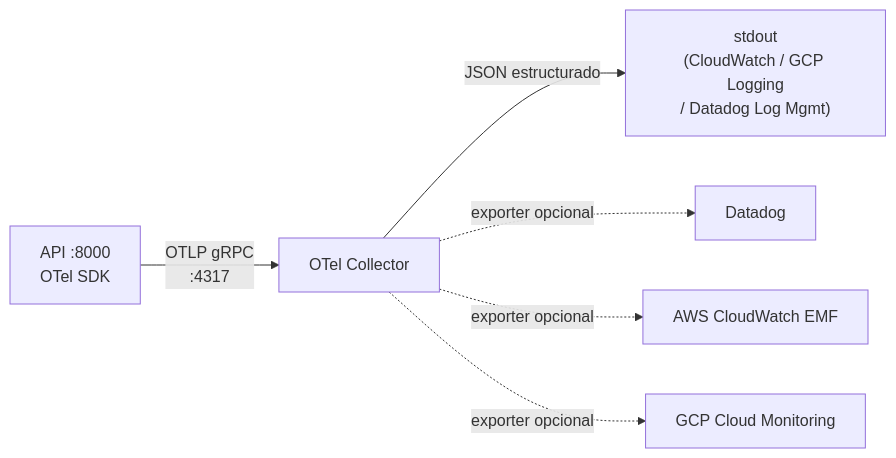
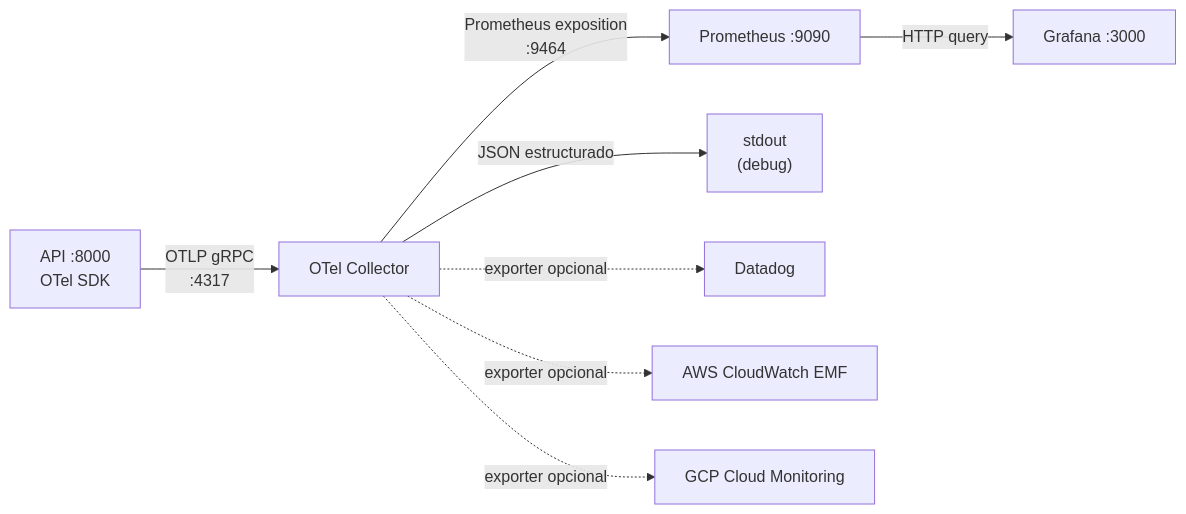
The diagram in docs/monitoring.md (VSXR/PipelineModeling), drawn with Mermaid before and after one commit. The commit also changed other lines of this file and 27 other files, not shown here.

Commit message:
Falta Graphana y corregir posibles errores + corregir app frontend

````diff
--- a/docs/monitoring.md
+++ b/docs/monitoring.md
@@ -5,8 +5,10 @@
 ```mermaid
 graph LR
     API["API :8000\nOTel SDK"] -->|"OTLP gRPC\n:4317"| COL["OTel Collector"]
-    COL -->|"JSON estructurado"| LOG["stdout\n(CloudWatch / GCP Logging\n/ Datadog Log Mgmt)"]
+    COL -->|"Prometheus exposition\n:9464"| PROM["Prometheus :9090"]
+    PROM -->|"HTTP query"| GRAF["Grafana :3000"]
+    COL -->|"JSON estructurado"| LOG["stdout\n(debug)"]
     COL -.->|"exporter opcional"| DD["Datadog"]
     COL -.->|"exporter opcional"| CW["AWS CloudWatch EMF"]
     COL -.->|"exporter opcional"| GCP["GCP Cloud Monitoring"]
 ```
````
